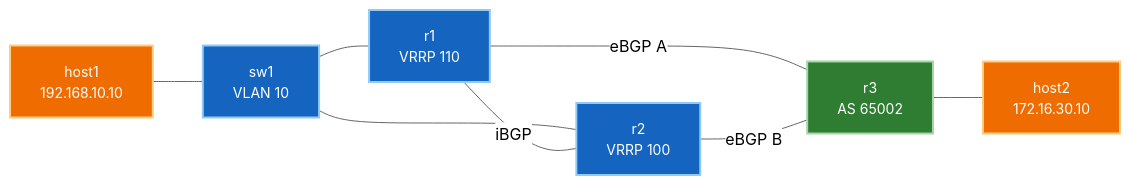
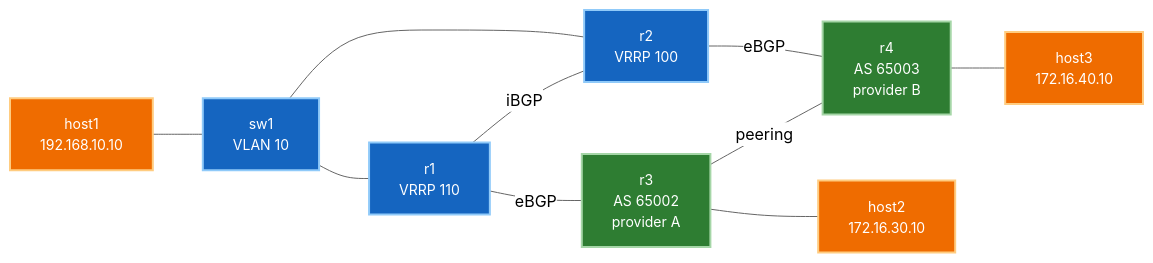
The diagram in docs/courses/01-bgp/lab-04-dual-homed-edge.md (etherhtun/netforge-labs), drawn with Mermaid (neutral theme) before and after one commit. The commit also changed other lines of this file and 15 other files, not shown here.

````diff
--- a/docs/courses/01-bgp/lab-04-dual-homed-edge.md
+++ b/docs/courses/01-bgp/lab-04-dual-homed-edge.md
@@ -34,15 +44,17 @@
 ```mermaid
 graph LR
     H1["host1<br/>192.168.10.10"] --- SW["sw1<br/>VLAN 10"]
     SW --- R1["r1<br/>VRRP 110"]
     SW --- R2["r2<br/>VRRP 100"]
     R1 ---|iBGP| R2
-    R1 ---|"eBGP A"| R3["r3<br/>AS 65002"]
-    R2 ---|"eBGP B"| R3
+    R1 ---|"eBGP"| R3["r3<br/>AS 65002<br/>provider A"]
+    R2 ---|"eBGP"| R4["r4<br/>AS 65003<br/>provider B"]
+    R3 ---|"peering"| R4
     R3 --- H2["host2<br/>172.16.30.10"]
+    R4 --- H3["host3<br/>172.16.40.10"]
 
     classDef edge fill:#1565c0,stroke:#90caf9,color:#ffffff,stroke-width:2px,font-size:14px;
     classDef prov fill:#2e7d32,stroke:#a5d6a7,color:#ffffff,stroke-width:2px,font-size:14px;
     classDef host fill:#ef6c00,stroke:#ffcc80,color:#ffffff,stroke-width:2px,font-size:14px;
-    class R1,R2,SW edge; class R3 prov; class H1,H2 host;
+    class R1,R2,SW edge; class R3,R4 prov; class H1,H2,H3 host;
 ```
````
